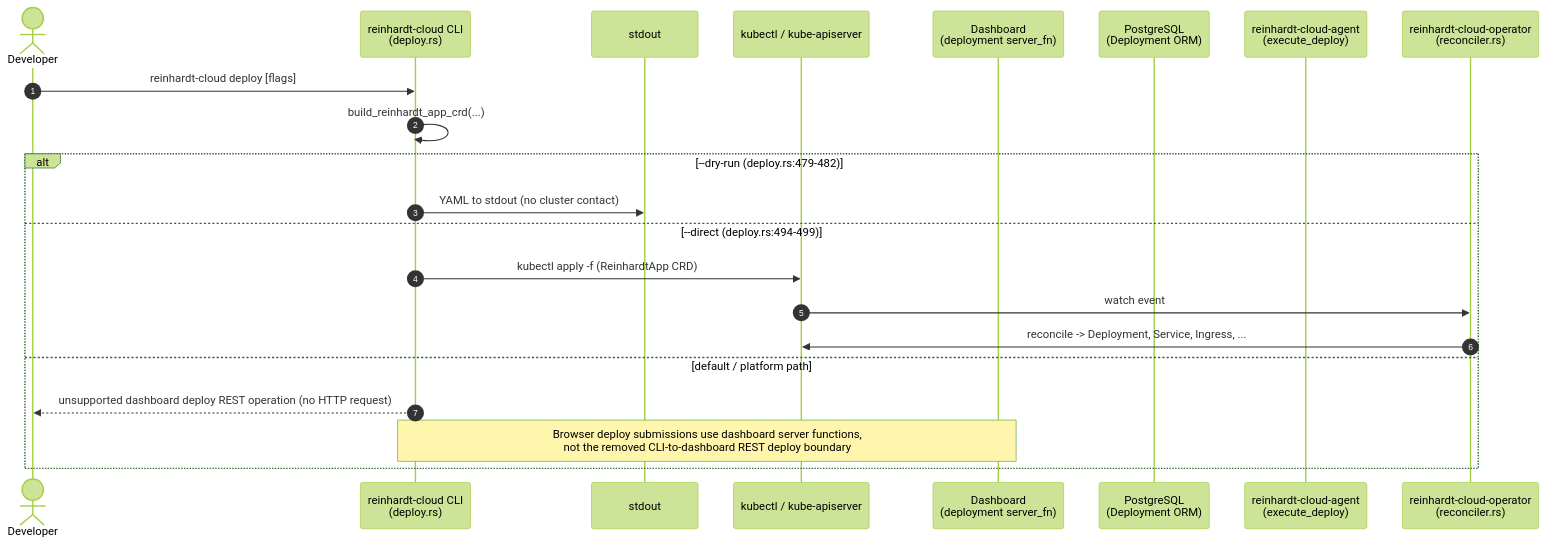
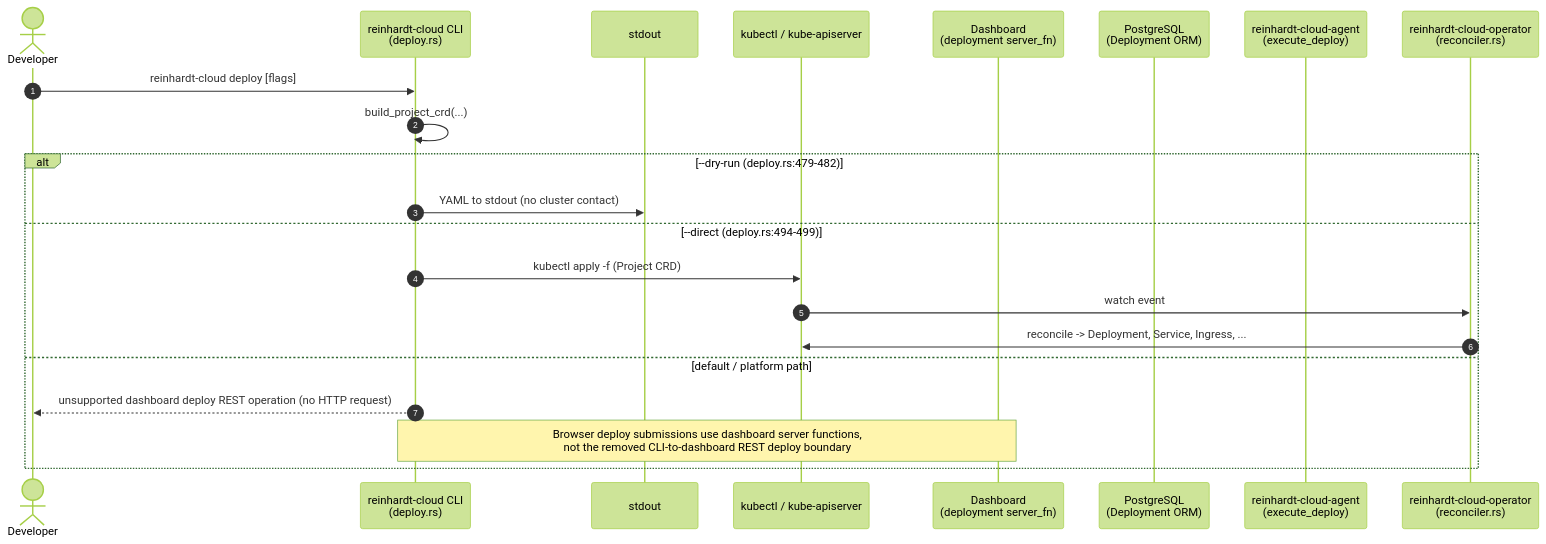
The first of 2 diagrams in docs/architecture/deployment-flow.md (kent8192/reinhardt-cloud), drawn with Mermaid (forest theme) before and after one commit. The commit also changed other lines of this file and 135 other files, not shown here.

First line of the commit message:
refactor!: rename user-facing app concepts to project

````diff
--- a/docs/architecture/deployment-flow.md
+++ b/docs/architecture/deployment-flow.md
@@ -133,26 +133,26 @@
 ```mermaid
 sequenceDiagram
     autonumber
     actor Dev as Developer
     participant CLI as reinhardt-cloud CLI<br/>(deploy.rs)
     participant Stdout as stdout
     participant Kubectl as kubectl / kube-apiserver
     participant Dashboard as Dashboard<br/>(deployment server_fn)
     participant PG as PostgreSQL<br/>(Deployment ORM)
     participant Agent as reinhardt-cloud-agent<br/>(execute_deploy)
     participant Operator as reinhardt-cloud-operator<br/>(reconciler.rs)
 
     Dev->>CLI: reinhardt-cloud deploy [flags]
-    CLI->>CLI: build_reinhardt_app_crd(...)
+    CLI->>CLI: build_project_crd(...)
 
     alt --dry-run (deploy.rs:479-482)
         CLI->>Stdout: YAML to stdout (no cluster contact)
     else --direct (deploy.rs:494-499)
-        CLI->>Kubectl: kubectl apply -f (ReinhardtApp CRD)
+        CLI->>Kubectl: kubectl apply -f (Project CRD)
         Kubectl->>Operator: watch event
         Operator->>Kubectl: reconcile -> Deployment, Service, Ingress, ...
     else default / platform path
         CLI-->>Dev: unsupported dashboard deploy REST operation (no HTTP request)
         Note over CLI,Dashboard: Browser deploy submissions use dashboard server functions,<br/>not the removed CLI-to-dashboard REST deploy boundary
     end
 ```
````
